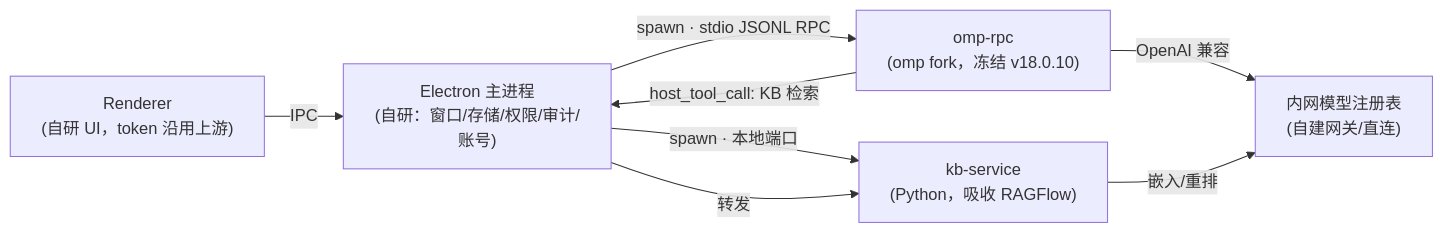
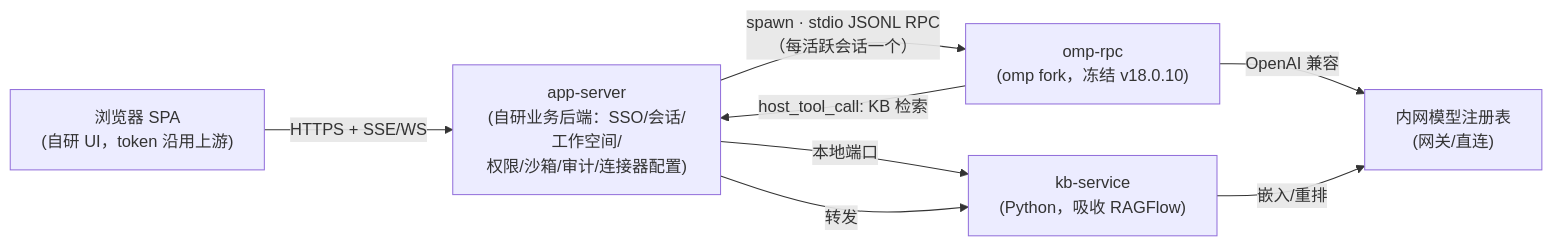
One commit to DankerMu/open-wb changed the diagram in PLAN.md. Above: the diagram before and after it, drawn with Mermaid. The commit also changed other lines of this file and 1 other file, not shown here.

````diff
--- a/PLAN.md
+++ b/PLAN.md
@@ -16,9 +16,9 @@
 ```mermaid
 flowchart LR
-    R["Renderer<br/>(自研 UI，token 沿用上游)"] -- IPC --> M["Electron 主进程<br/>(自研：窗口/存储/权限/审计/账号)"]
-    M -- "spawn · stdio JSONL RPC" --> A["omp-rpc<br/>(omp fork，冻结 v18.0.10)"]
-    M -- "spawn · 本地端口" --> K["kb-service<br/>(Python，吸收 RAGFlow)"]
-    A -- "host_tool_call: KB 检索" --> M -- 转发 --> K
-    A -- "OpenAI 兼容" --> P["内网模型注册表<br/>(自建网关/直连)"]
+    B["浏览器 SPA<br/>(自研 UI，token 沿用上游)"] -- "HTTPS + SSE/WS" --> S["app-server<br/>(自研业务后端：SSO/会话/工作空间/<br/>权限/沙箱/审计/连接器配置)"]
+    S -- "spawn · stdio JSONL RPC<br/>（每活跃会话一个）" --> A["omp-rpc<br/>(omp fork，冻结 v18.0.10)"]
+    S -- "本地端口" --> K["kb-service<br/>(Python，吸收 RAGFlow)"]
+    A -- "host_tool_call: KB 检索" --> S -- 转发 --> K
+    A -- "OpenAI 兼容" --> P["内网模型注册表<br/>(网关/直连)"]
     K -- 嵌入/重排 --> P
 ```
````
